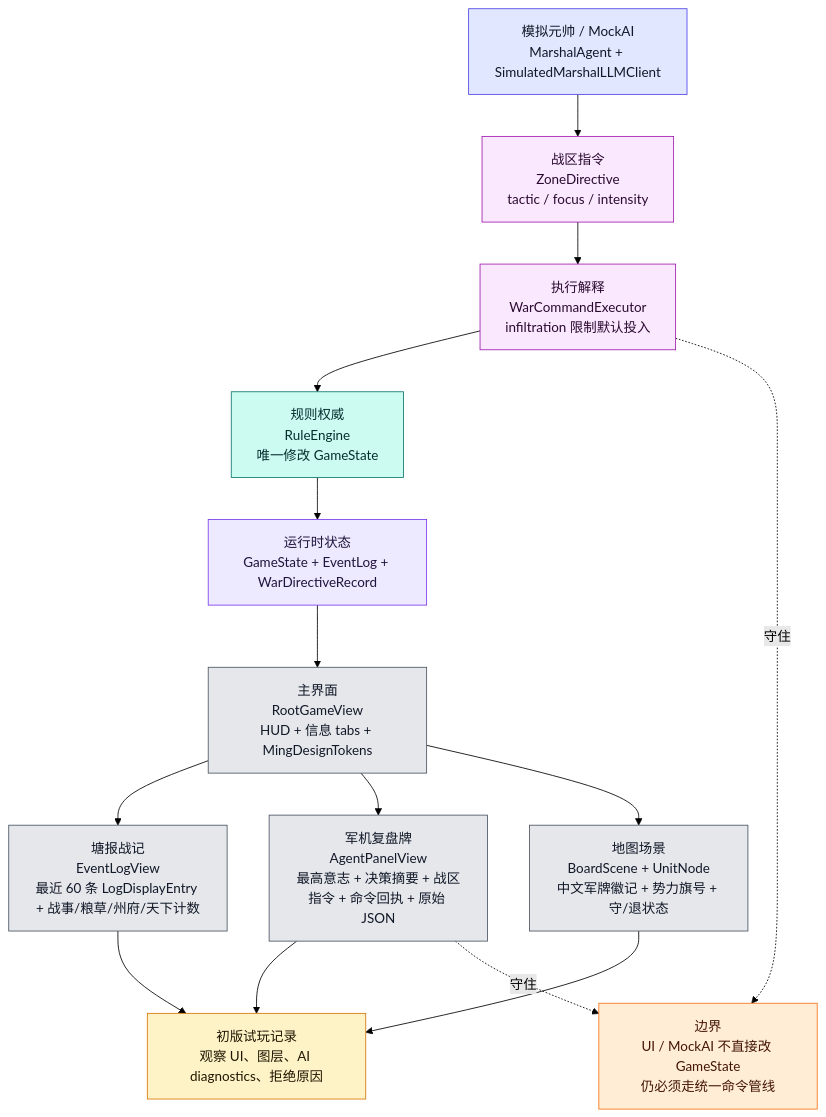
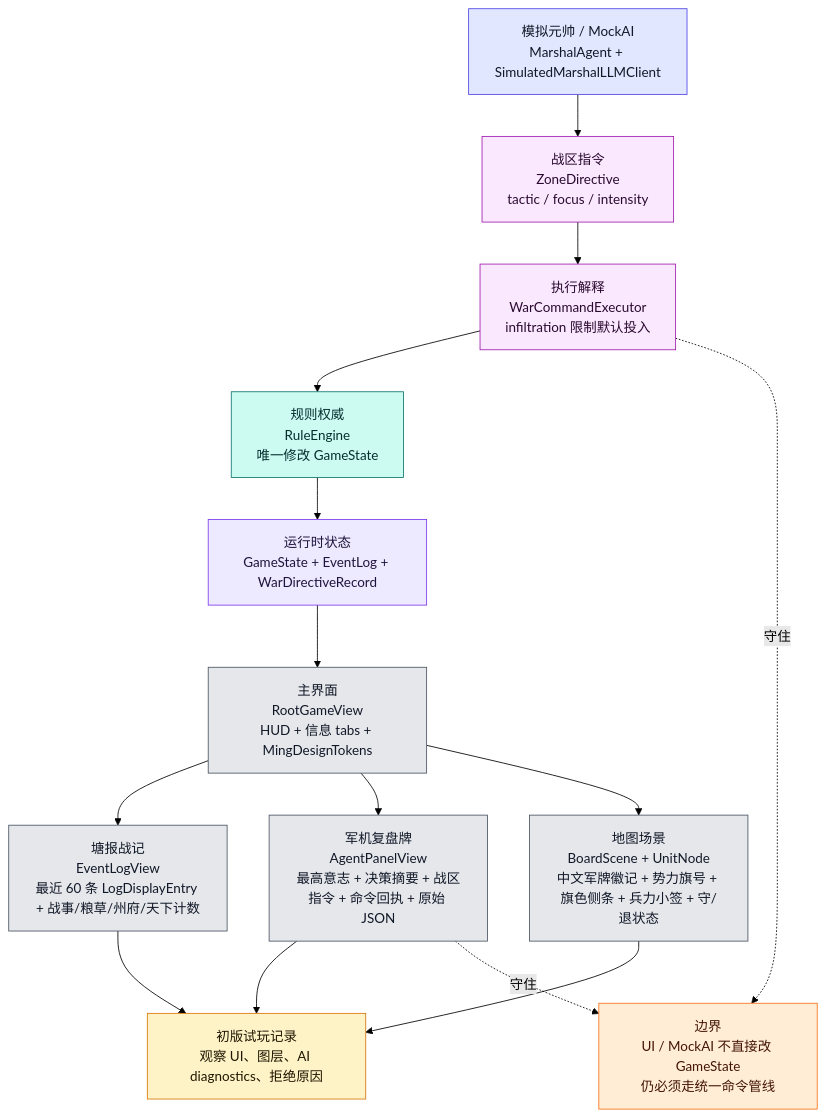
One commit to Altman-sam114/123 changed the eighth of 9 diagrams in md/flow/flowchart.md. Above: the diagram before and after it, drawn with Mermaid (forest theme). The commit also changed other lines of this file and 8 other files, not shown here.

````diff
--- a/md/flow/flowchart.md
+++ b/md/flow/flowchart.md
@@ -475,34 +475,34 @@
 ```mermaid
 flowchart TD
     STATE["运行时状态<br/>GameState + EventLog + WarDirectiveRecord"]:::state
     ROOT["主界面<br/>RootGameView<br/>HUD + 信息 tabs + MingDesignTokens"]:::ui
     LOG["塘报战记<br/>EventLogView<br/>最近 60 条 LogDisplayEntry + 战事/粮草/州府/天下计数"]:::ui
     AIUI["军机复盘牌<br/>AgentPanelView<br/>最高意志 + 决策摘要 + 战区指令 + 命令回执 + 原始 JSON"]:::ui
-    BOARD["地图场景<br/>BoardScene + UnitNode<br/>中文军牌徽记 + 势力旗号 + 守/退状态"]:::ui
+    BOARD["地图场景<br/>BoardScene + UnitNode<br/>中文军牌徽记 + 势力旗号 + 旗色侧条 + 兵力小签 + 守/退状态"]:::ui
     MARSHAL["模拟元帅 / MockAI<br/>MarshalAgent + SimulatedMarshalLLMClient"]:::ai
     ZD["战区指令<br/>ZoneDirective<br/>tactic / focus / intensity"]:::command
     WCE["执行解释<br/>WarCommandExecutor<br/>infiltration 限制默认投入"]:::command
     RULE["规则权威<br/>RuleEngine<br/>唯一修改 GameState"]:::rules
     PLAYTEST["初版试玩记录<br/>观察 UI、图层、AI diagnostics、拒绝原因"]:::doc
 
     STATE --> ROOT
     ROOT --> LOG
     ROOT --> AIUI
     ROOT --> BOARD
     MARSHAL --> ZD --> WCE --> RULE --> STATE
     AIUI --> PLAYTEST
     LOG --> PLAYTEST
     BOARD --> PLAYTEST
 
     WARN["边界<br/>UI / MockAI 不直接改 GameState<br/>仍必须走统一命令管线"]:::warn
     AIUI -.守住.-> WARN
     WCE -.守住.-> WARN
 
     classDef state fill:#ede9fe,stroke:#7c3aed,color:#1f143d
     classDef ui fill:#e5e7eb,stroke:#4b5563,color:#111827
     classDef ai fill:#e0e7ff,stroke:#4f46e5,color:#111827
     classDef command fill:#fae8ff,stroke:#a21caf,color:#2a0a2f
     classDef rules fill:#ccfbf1,stroke:#0f766e,color:#042f2e
     classDef doc fill:#fef3c7,stroke:#d97706,color:#1f1600
     classDef warn fill:#ffedd5,stroke:#f97316,color:#431407
 ```
````
